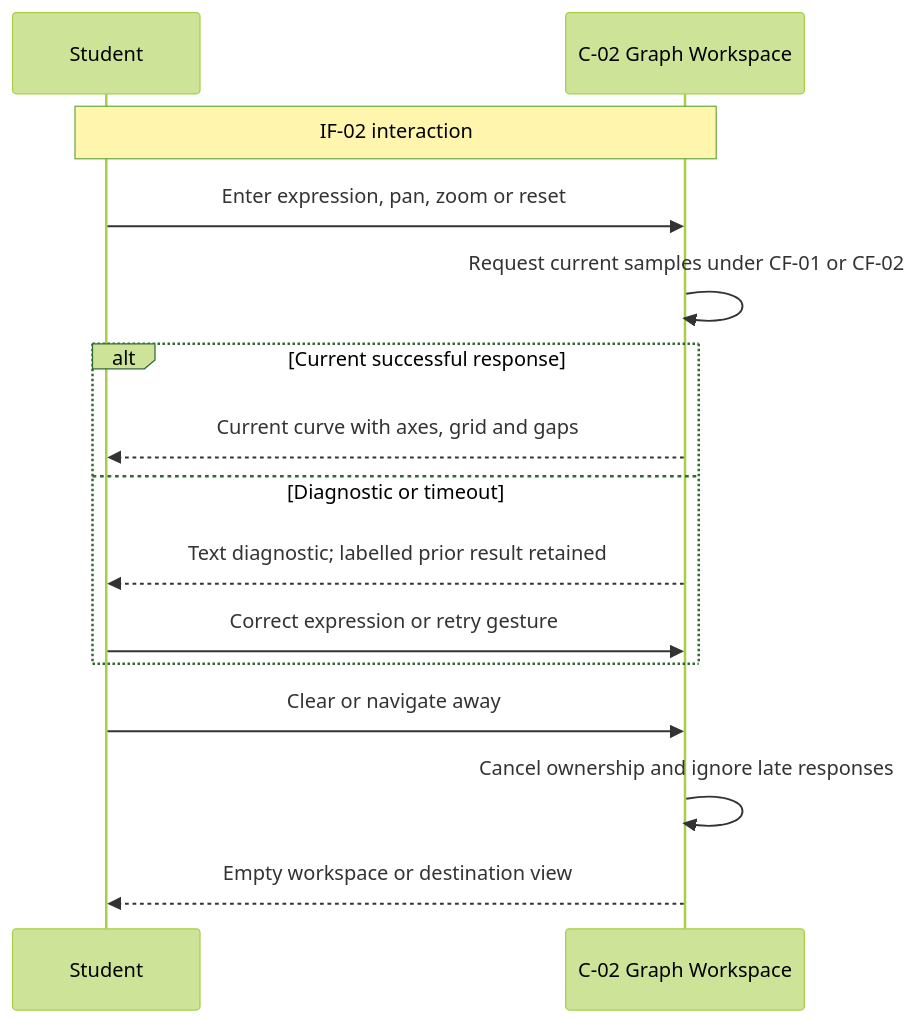
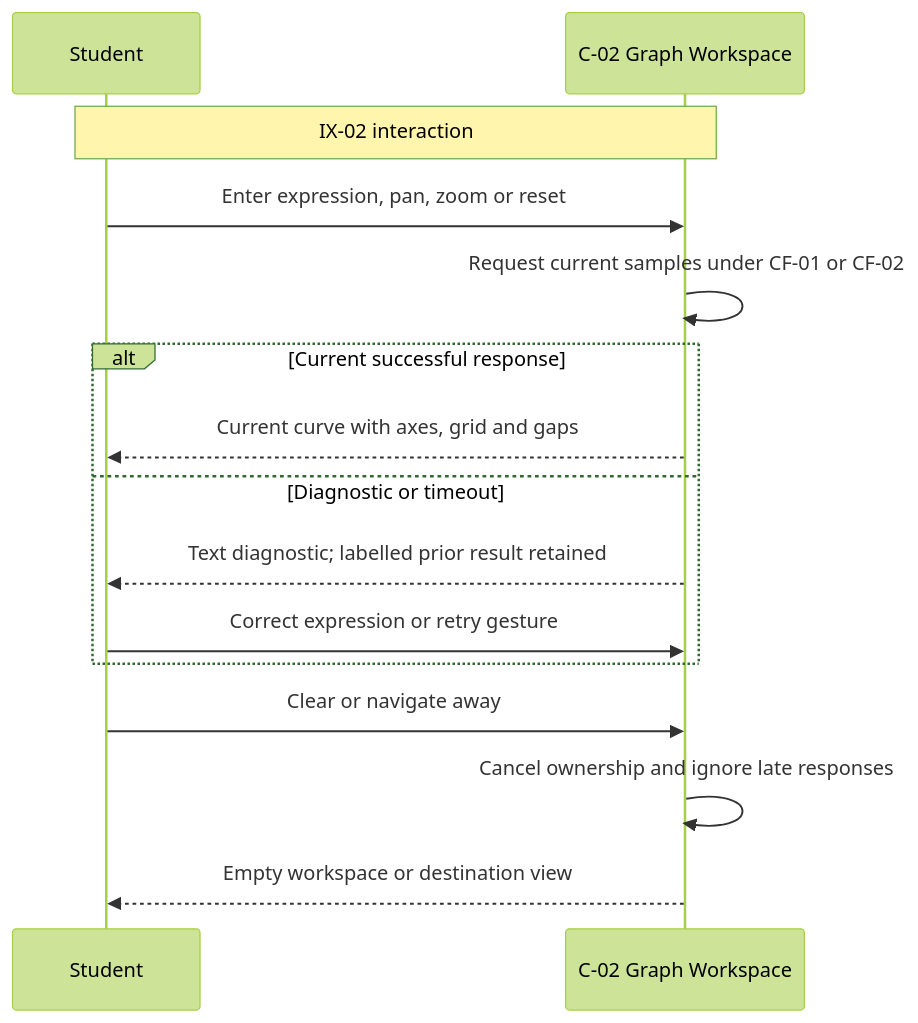
One commit to hailingu/orange changed the tenth of 14 diagrams in docs/architecture/ADD-0001-orange-v1-baseline.md. Above: the diagram before and after it, drawn with Mermaid (forest theme). The commit also changed other lines of this file and 1 other file, not shown here.

First line of the commit message:
docs(architecture): approve ADD-0001 V1 baseline to Current

````diff
--- a/docs/architecture/ADD-0001-orange-v1-baseline.md
+++ b/docs/architecture/ADD-0001-orange-v1-baseline.md
@@ -666,17 +667,17 @@
 ```mermaid
 sequenceDiagram
     participant Student
     participant C02 as C-02 Graph Workspace
-    Note over Student,C02: IF-02 interaction
+    Note over Student,C02: IX-02 interaction
     Student->>C02: Enter expression, pan, zoom or reset
     C02->>C02: Request current samples under CF-01 or CF-02
     alt Current successful response
         C02-->>Student: Current curve with axes, grid and gaps
     else Diagnostic or timeout
         C02-->>Student: Text diagnostic#59; labelled prior result retained
         Student->>C02: Correct expression or retry gesture
     end
     Student->>C02: Clear or navigate away
     C02->>C02: Cancel ownership and ignore late responses
     C02-->>Student: Empty workspace or destination view
 ```
````
